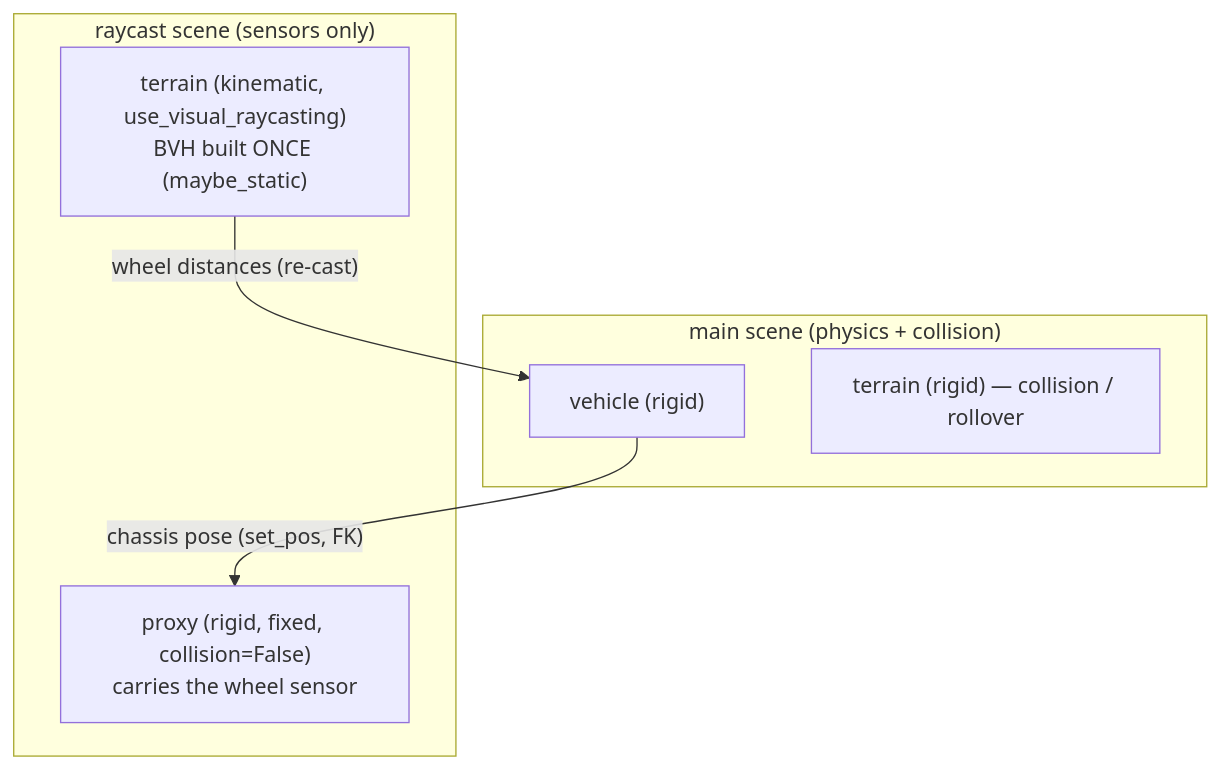
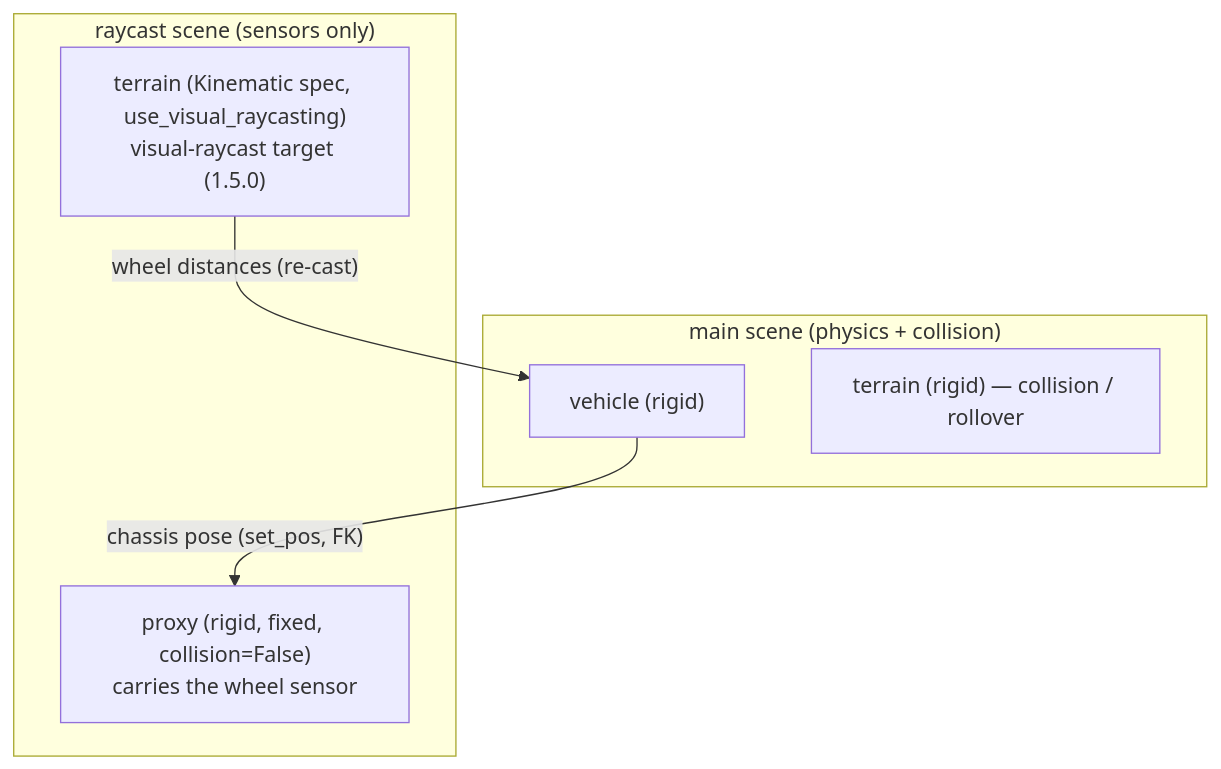
Before and after one commit to korfriend/GenesisVehicle: the diagram in docs/dual-scene-raycast.md, drawn with Mermaid. The commit also changed other lines of this file and 46 other files, not shown here.

````diff
--- a/docs/dual-scene-raycast.md
+++ b/docs/dual-scene-raycast.md
@@ -97,13 +141,13 @@
 ```mermaid
 flowchart TB
   subgraph main["main scene (physics + collision)"]
     V["vehicle (rigid)"]
     T1["terrain (rigid) — collision / rollover"]
   end
   subgraph rc["raycast scene (sensors only)"]
-    T2["terrain (kinematic, use_visual_raycasting)<br/>BVH built ONCE (maybe_static)"]
+    T2["terrain (Kinematic spec, use_visual_raycasting)<br/>visual-raycast target (1.5.0)"]
     P["proxy (rigid, fixed, collision=False)<br/>carries the wheel sensor"]
   end
   V -- "chassis pose (set_pos, FK)" --> P
   T2 -- "wheel distances (re-cast)" --> V
 ```
````
